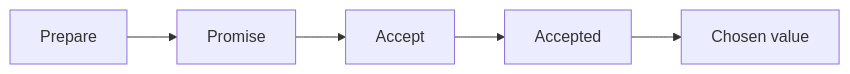
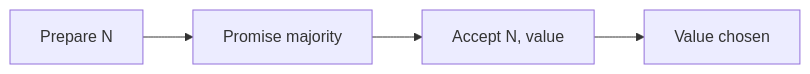
Diagram 34 of 43 in 05-distributed-databases/README.md (hareramcse/SystemDesign), drawn with Mermaid before and after one commit. The commit also changed other lines of this file and 14 other files, not shown here.

````diff
--- a/05-distributed-databases/README.md
+++ b/05-distributed-databases/README.md
@@ -4212,7 +2307,6 @@
 ```mermaid
 flowchart LR
-    Prep[Prepare] --> Prom[Promise]
-    Prom --> Acc[Accept]
-    Acc --> Acpt[Accepted]
-    Acpt --> Chosen[Chosen value]
+    Prep[Prepare N] --> Prom[Promise majority]
+    Prom --> Acc[Accept N, value]
+    Acc --> Chosen[Value chosen]
 ```
````
